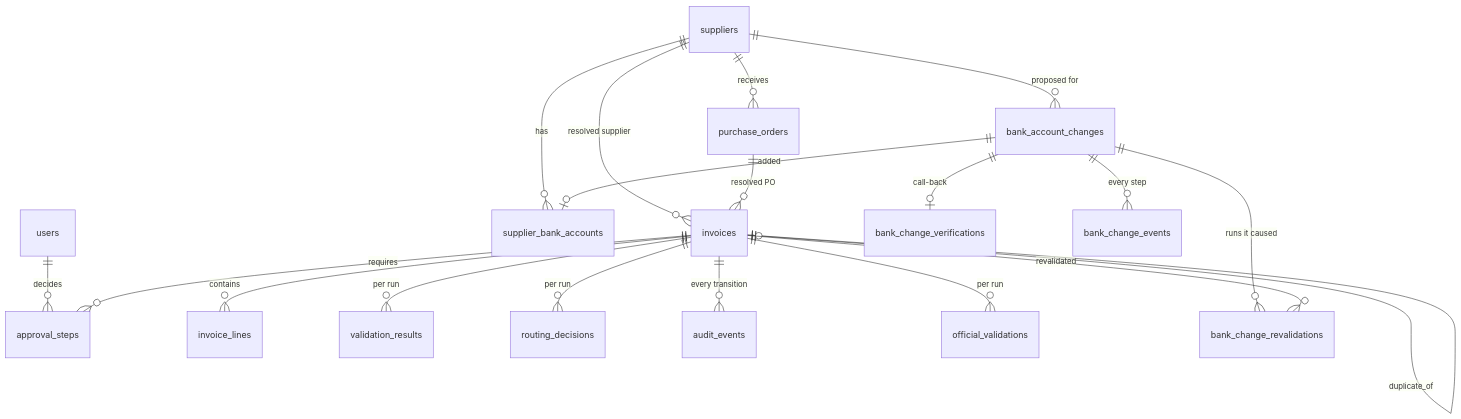
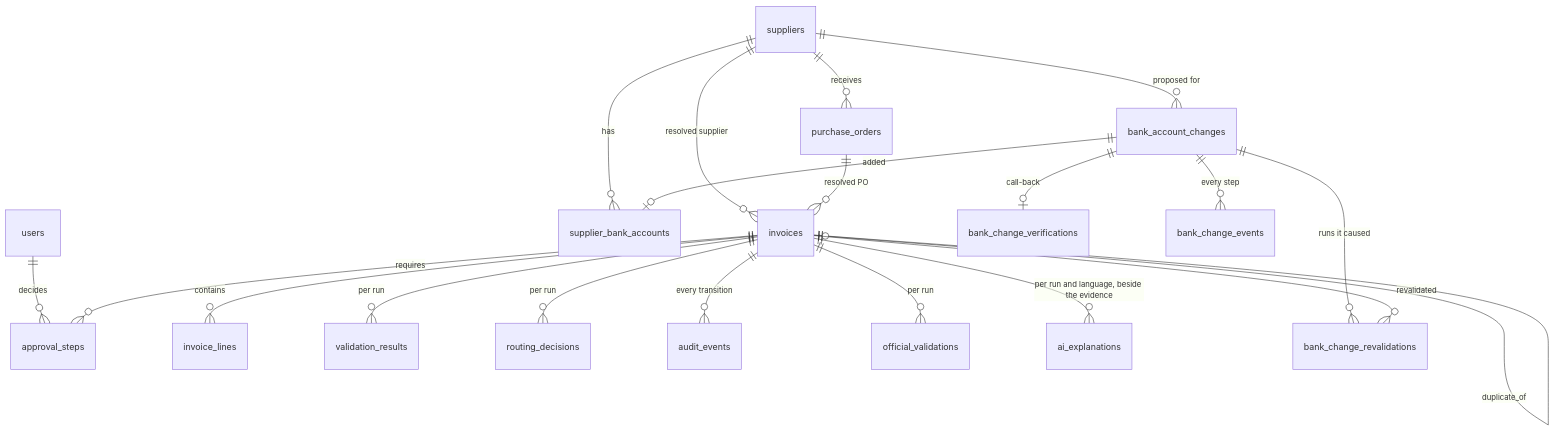
Before and after one commit to shotatsertsvadze/finance-ops-automation-de: the second of 4 diagrams in docs/ARCHITECTURE.md, drawn with Mermaid. The commit also changed other lines of this file and 5 other files, not shown here.

First line of the commit message:
docs: ADR-080 and the AI explanation across architecture, tests, demo and plan

````diff
--- a/docs/ARCHITECTURE.md
+++ b/docs/ARCHITECTURE.md
@@ -105,21 +112,22 @@
 ```mermaid
 erDiagram
     users ||--o{ approval_steps : decides
     suppliers ||--o{ supplier_bank_accounts : has
     suppliers ||--o{ purchase_orders : receives
     suppliers ||--o{ invoices : "resolved supplier"
     purchase_orders ||--o{ invoices : "resolved PO"
     invoices ||--o{ invoice_lines : contains
     invoices ||--o{ validation_results : "per run"
     invoices ||--o{ routing_decisions : "per run"
     invoices ||--o{ approval_steps : requires
     invoices ||--o{ audit_events : "every transition"
     invoices ||--o{ official_validations : "per run"
+    invoices ||--o{ ai_explanations : "per run and language, beside the evidence"
     invoices ||--o| invoices : duplicate_of
     suppliers ||--o{ bank_account_changes : "proposed for"
     bank_account_changes ||--o| bank_change_verifications : "call-back"
     bank_account_changes ||--o{ bank_change_events : "every step"
     bank_account_changes ||--o{ bank_change_revalidations : "runs it caused"
     invoices ||--o{ bank_change_revalidations : "revalidated"
     bank_account_changes ||--o| supplier_bank_accounts : "added"
 ```
````
